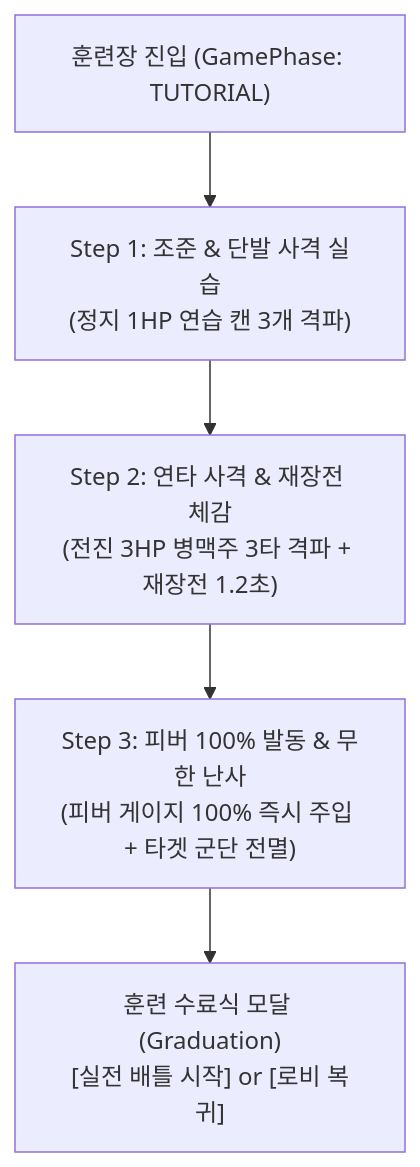
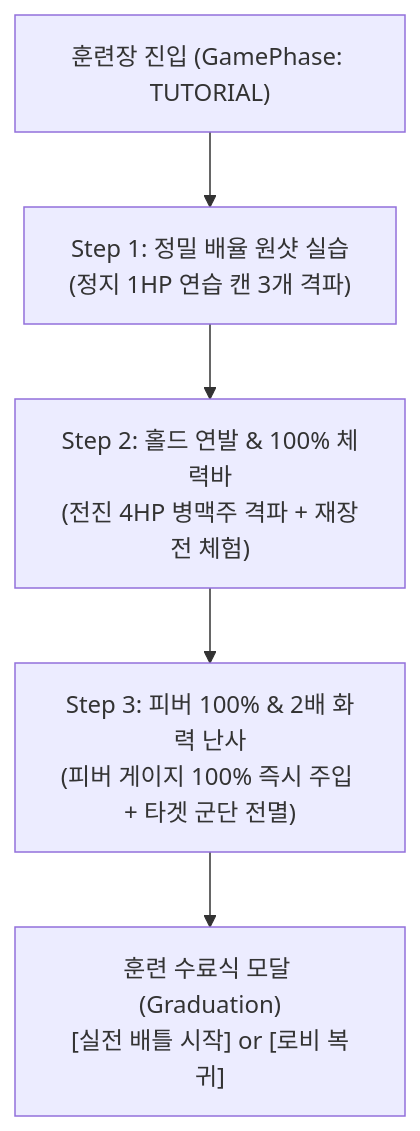
One commit to ChaJiYoung/ob-crash-game changed the second of 2 diagrams in docs/튜토리얼_훈련장_가이드.md. Above: the diagram before and after it, drawn with Mermaid. The commit also changed other lines of this file and 6 other files, not shown here.

````diff
--- a/docs/튜토리얼_훈련장_가이드.md
+++ b/docs/튜토리얼_훈련장_가이드.md
@@ -109,7 +109,7 @@
 ```mermaid
 flowchart TD
-    Start["훈련장 진입 (GamePhase: TUTORIAL)"] --> S1["Step 1: 조준 & 단발 사격 실습\n(정지 1HP 연습 캔 3개 격파)"]
-    S1 --> S2["Step 2: 연타 사격 & 재장전 체감\n(전진 3HP 병맥주 3타 격파 + 재장전 1.2초)"]
-    S2 --> S3["Step 3: 피버 100% 발동 & 무한 난사\n(피버 게이지 100% 즉시 주입 + 타겟 군단 전멸)"]
+    Start["훈련장 진입 (GamePhase: TUTORIAL)"] --> S1["Step 1: 정밀 배율 원샷 실습\n(정지 1HP 연습 캔 3개 격파)"]
+    S1 --> S2["Step 2: 홀드 연발 & 100% 체력바\n(전진 4HP 병맥주 격파 + 재장전 체험)"]
+    S2 --> S3["Step 3: 피버 100% & 2배 화력 난사\n(피버 게이지 100% 즉시 주입 + 타겟 군단 전멸)"]
     S3 --> Grad["훈련 수료식 모달 (Graduation)\n[실전 배틀 시작] or [로비 복귀]"]
 ```
````
